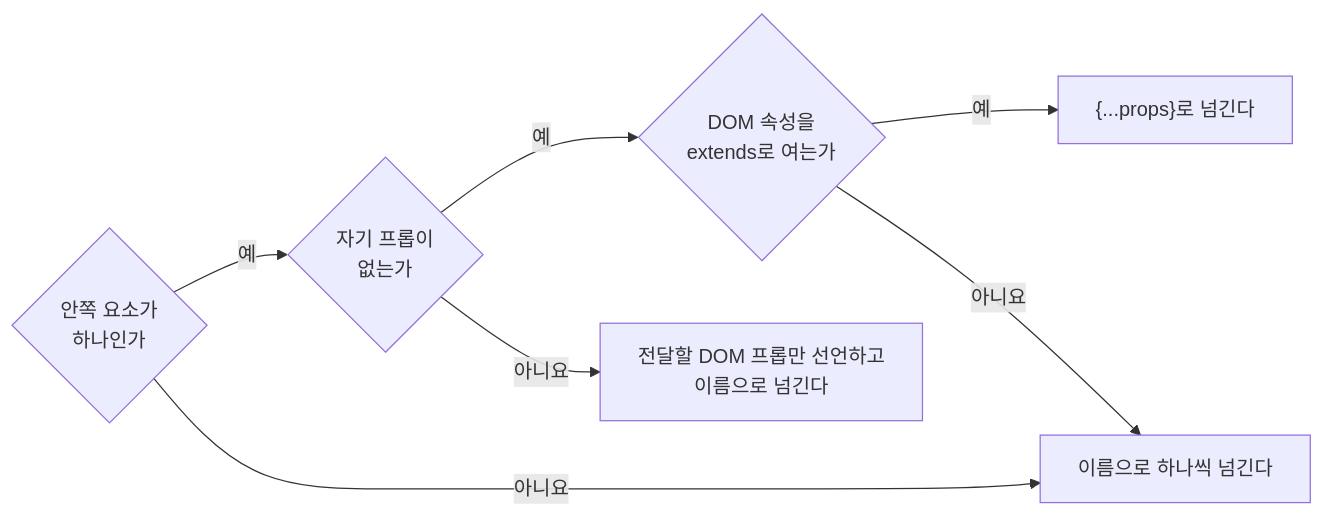
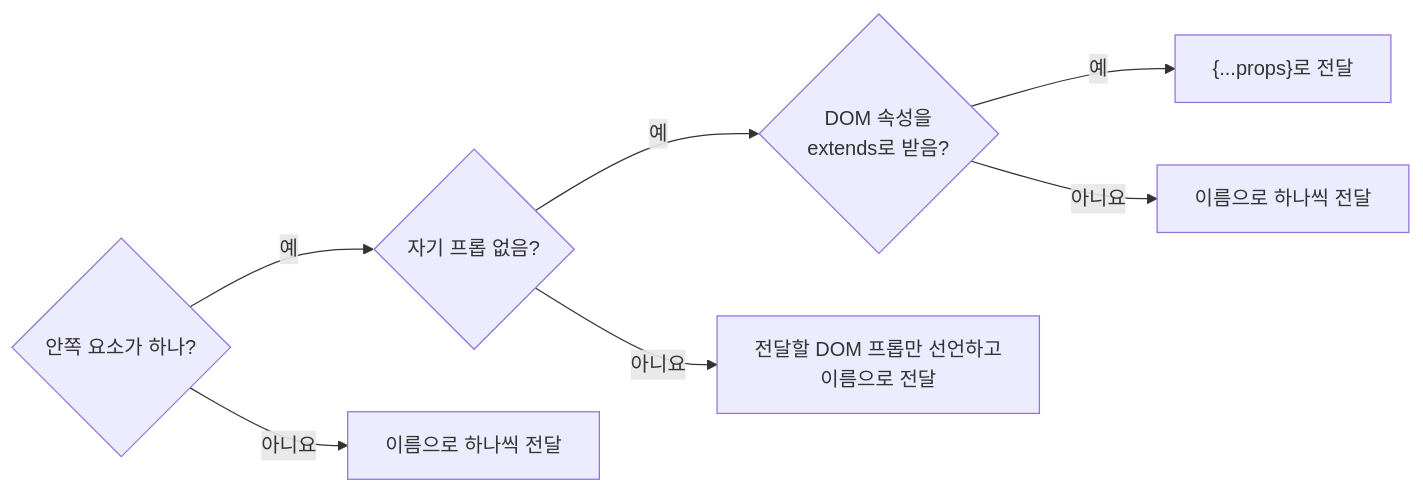
The second of 2 diagrams in skill/react/HANDBOOK.md (minu-ha/agent-conventions), drawn with Mermaid before and after one commit. The commit also changed other lines of this file and 7 other files, not shown here.

````diff
--- a/skill/react/HANDBOOK.md
+++ b/skill/react/HANDBOOK.md
@@ -1496,7 +1505,7 @@
 ```mermaid
 flowchart LR
-	one{"안쪽 요소가<br>하나인가"} -- 예 --> own{"자기 프롭이<br>없는가"} -- 예 --> ext{"DOM 속성을<br>extends로 여는가"} -- 예 --> spread["{...props}로 넘긴다"]
-	one -- 아니요 --> named["이름으로 하나씩 넘긴다"]
-	own -- 아니요 --> dom["전달할 DOM 프롭만 선언하고<br>이름으로 넘긴다"]
-	ext -- 아니요 --> named
+	one{"안쪽 요소가 하나?"} -- 예 --> own{"자기 프롭 없음?"} -- 예 --> ext{"DOM 속성을<br>extends로 받음?"} -- 예 --> spread["{...props}로 전달"]
+	one -- 아니요 --> named1["이름으로 하나씩 전달"]
+	own -- 아니요 --> dom["전달할 DOM 프롭만 선언하고<br>이름으로 전달"]
+	ext -- 아니요 --> named2["이름으로 하나씩 전달"]
 ```
````
